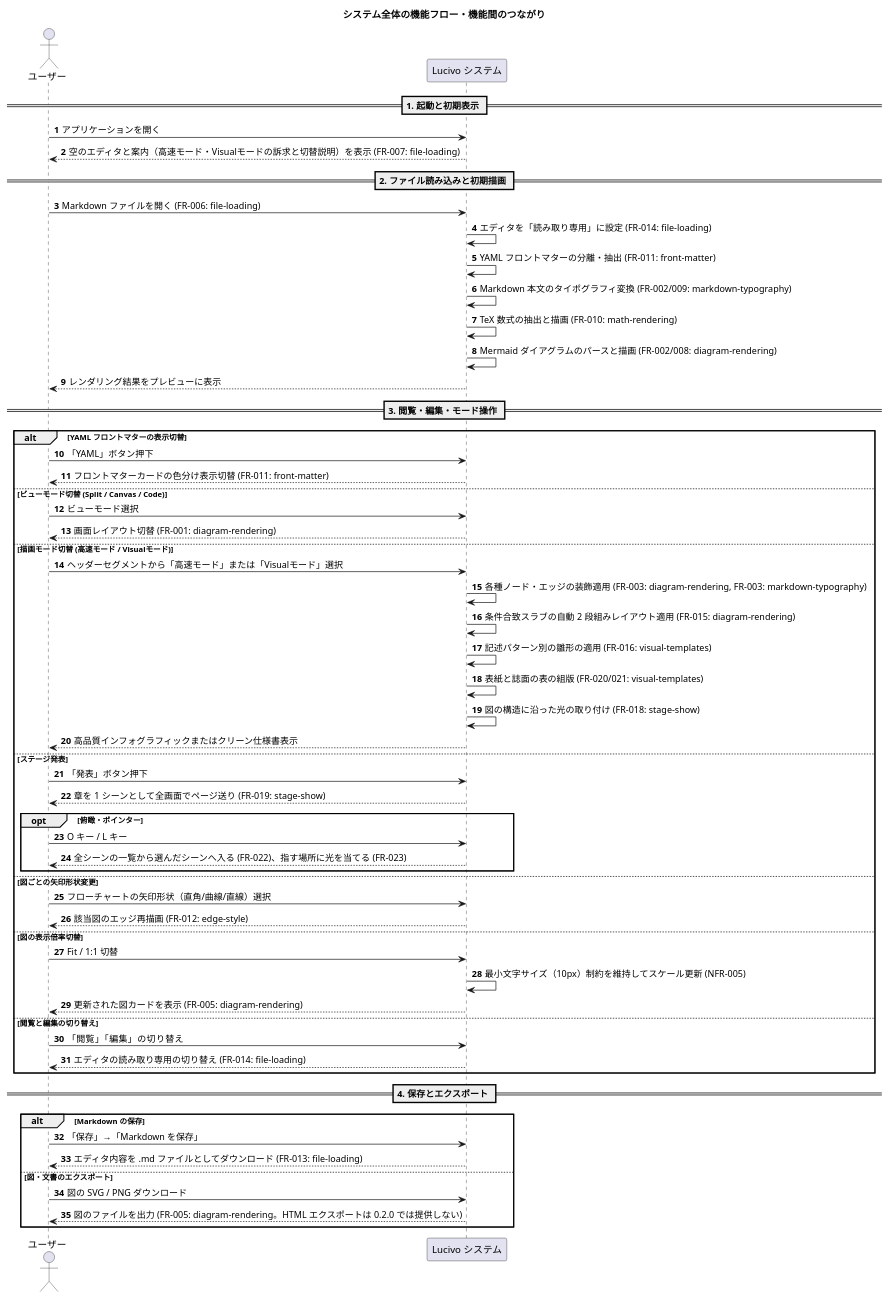
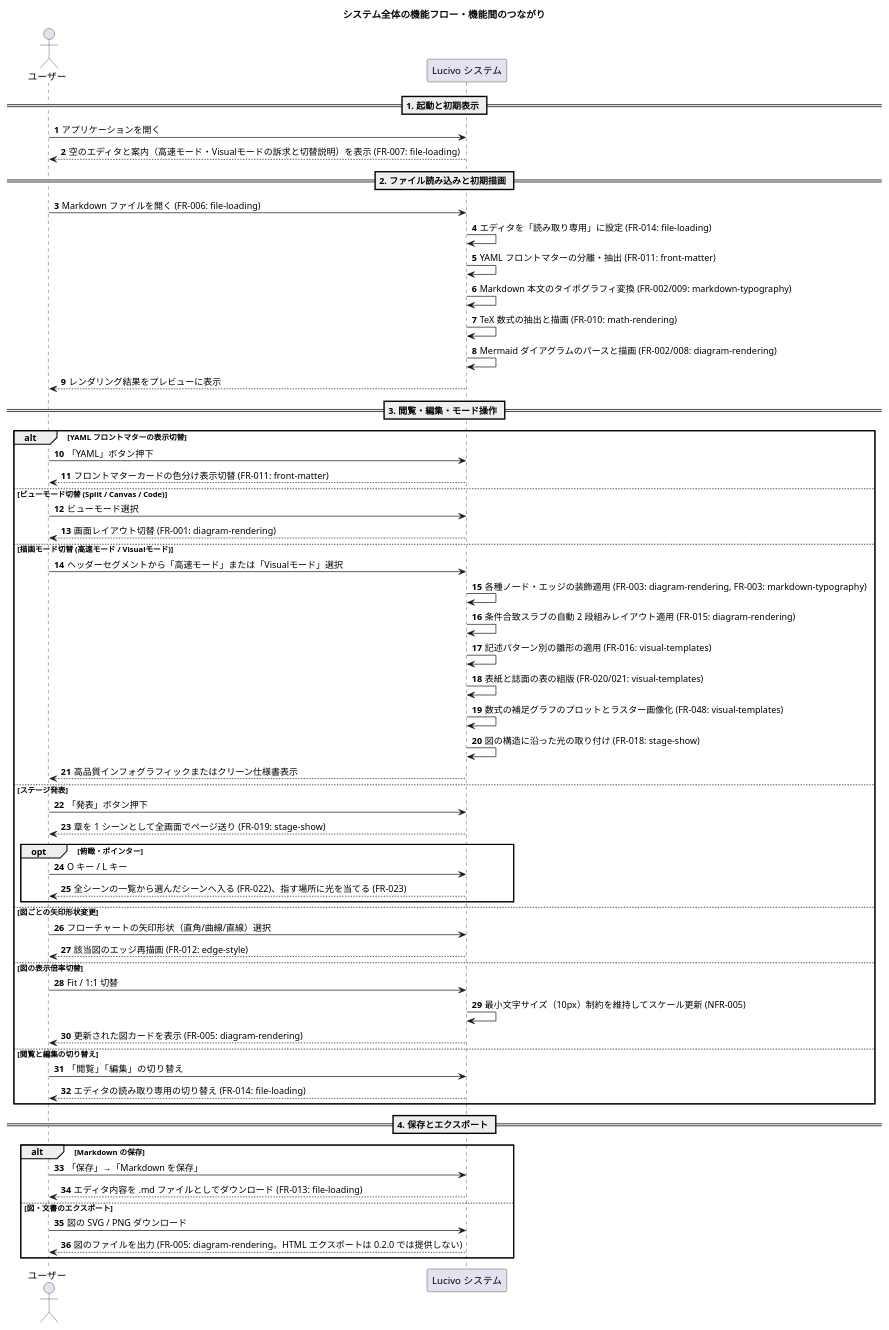
One commit to prankster-freedom/Lucivo changed the second of 2 diagrams in doc/1.SRS.md. Above: the diagram before and after it, drawn with PlantUML. The commit also changed other lines of this file and 10 other files, not shown here.

````diff
--- a/doc/1.SRS.md
+++ b/doc/1.SRS.md
@@ -134,64 +134,65 @@
 ```plantuml
 @startuml
 title システム全体の機能フロー・機能間のつながり
 autonumber
 actor "ユーザー" as User
 participant "Lucivo システム" as App
 
 == 1. 起動と初期表示 ==
 User -> App: アプリケーションを開く
 App --> User: 空のエディタと案内（高速モード・Visualモードの訴求と切替説明）を表示 (FR-007: file-loading)
 
 == 2. ファイル読み込みと初期描画 ==
 User -> App: Markdown ファイルを開く (FR-006: file-loading)
 App -> App: エディタを「読み取り専用」に設定 (FR-014: file-loading)
 App -> App: YAML フロントマターの分離・抽出 (FR-011: front-matter)
 App -> App: Markdown 本文のタイポグラフィ変換 (FR-002/009: markdown-typography)
 App -> App: TeX 数式の抽出と描画 (FR-010: math-rendering)
 App -> App: Mermaid ダイアグラムのパースと描画 (FR-002/008: diagram-rendering)
 App --> User: レンダリング結果をプレビューに表示
 
 == 3. 閲覧・編集・モード操作 ==
 alt YAML フロントマターの表示切替
   User -> App: 「YAML」ボタン押下
   App --> User: フロントマターカードの色分け表示切替 (FR-011: front-matter)
 else ビューモード切替 (Split / Canvas / Code)
   User -> App: ビューモード選択
   App --> User: 画面レイアウト切替 (FR-001: diagram-rendering)
 else 描画モード切替 (高速モード / Visualモード)
   User -> App: ヘッダーセグメントから「高速モード」または「Visualモード」選択
   App -> App: 各種ノード・エッジの装飾適用 (FR-003: diagram-rendering, FR-003: markdown-typography)
   App -> App: 条件合致スラブの自動 2 段組みレイアウト適用 (FR-015: diagram-rendering)
   App -> App: 記述パターン別の雛形の適用 (FR-016: visual-templates)
   App -> App: 表紙と誌面の表の組版 (FR-020/021: visual-templates)
+  App -> App: 数式の補足グラフのプロットとラスター画像化 (FR-048: visual-templates)
   App -> App: 図の構造に沿った光の取り付け (FR-018: stage-show)
   App --> User: 高品質インフォグラフィックまたはクリーン仕様書表示
 else ステージ発表
   User -> App: 「発表」ボタン押下
   App --> User: 章を 1 シーンとして全画面でページ送り (FR-019: stage-show)
   opt 俯瞰・ポインター
     User -> App: O キー / L キー
     App --> User: 全シーンの一覧から選んだシーンへ入る (FR-022)、指す場所に光を当てる (FR-023)
   end
 else 図ごとの矢印形状変更
   User -> App: フローチャートの矢印形状（直角/曲線/直線）選択
   App --> User: 該当図のエッジ再描画 (FR-012: edge-style)
 else 図の表示倍率切替
   User -> App: Fit / 1:1 切替
   App -> App: 最小文字サイズ（10px）制約を維持してスケール更新 (NFR-005)
   App --> User: 更新された図カードを表示 (FR-005: diagram-rendering)
 else 閲覧と編集の切り替え
   User -> App: 「閲覧」「編集」の切り替え
   App --> User: エディタの読み取り専用の切り替え (FR-014: file-loading)
 end
 
 == 4. 保存とエクスポート ==
 alt Markdown の保存
   User -> App: 「保存」→「Markdown を保存」
   App --> User: エディタ内容を .md ファイルとしてダウンロード (FR-013: file-loading)
 else 図・文書のエクスポート
   User -> App: 図の SVG / PNG ダウンロード
   App --> User: 図のファイルを出力 (FR-005: diagram-rendering。HTML エクスポートは 0.2.0 では提供しない)
 end
 @enduml
 ```
````
